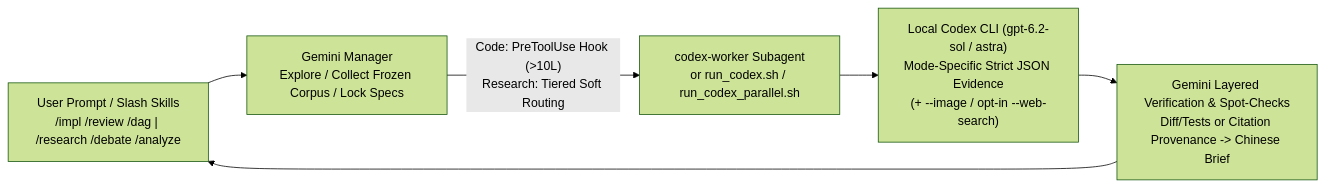
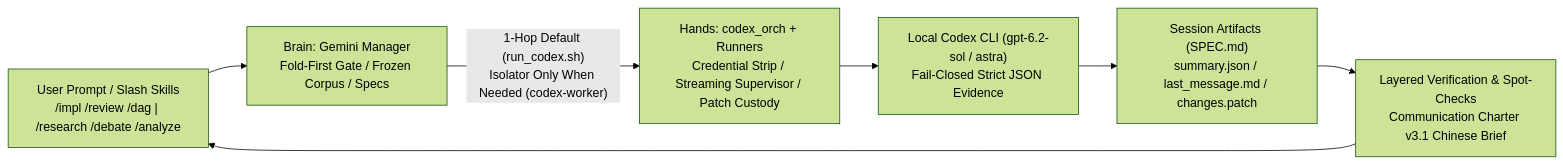
One commit to yukki555/codex-orchestrator changed the diagram in README.md. Above: the diagram before and after it, drawn with Mermaid (forest theme). The commit also changed other lines of this file and 18 other files, not shown here.

Commit message:
feat: release codex-orchestrator v3.2.0 (patch custody, fail-closed supervision, context hygiene)

````diff
--- a/README.md
+++ b/README.md
@@ -9,8 +15,9 @@
 ```mermaid
 flowchart LR
-    U["User Prompt / Slash Skills\n/impl /review /dag | /research /debate /analyze"] --> G["Gemini Manager\nExplore / Collect Frozen Corpus / Lock Specs"]
-    G -- "Code: PreToolUse Hook (>10L)\nResearch: Tiered Soft Routing" --> W["codex-worker Subagent\nor run_codex.sh / run_codex_parallel.sh"]
-    W --> C["Local Codex CLI (gpt-6.2-sol / astra)\nMode-Specific Strict JSON Evidence\n(+ --image / opt-in --web-search)"]
-    C --> G2["Gemini Layered Verification & Spot-Checks\nDiff/Tests or Citation Provenance -> Chinese Brief"]
+    U["User Prompt / Slash Skills\n/impl /review /dag | /research /debate /analyze"] --> G["Brain: Gemini Manager\nFold-First Gate / Frozen Corpus / Specs"]
+    G -- "1-Hop Default (run_codex.sh)\nIsolator Only When Needed (codex-worker)" --> H["Hands: codex_orch + Runners\nCredential Strip / Streaming Supervisor / Patch Custody"]
+    H --> C["Local Codex CLI (gpt-6.2-sol / astra)\nFail-Closed Strict JSON Evidence"]
+    C --> S["Session Artifacts (SPEC.md)\nsummary.json / last_message.md / changes.patch"]
+    S --> G2["Layered Verification & Spot-Checks\nCommunication Charter v3.1 Chinese Brief"]
     G2 --> U
 ```
````
